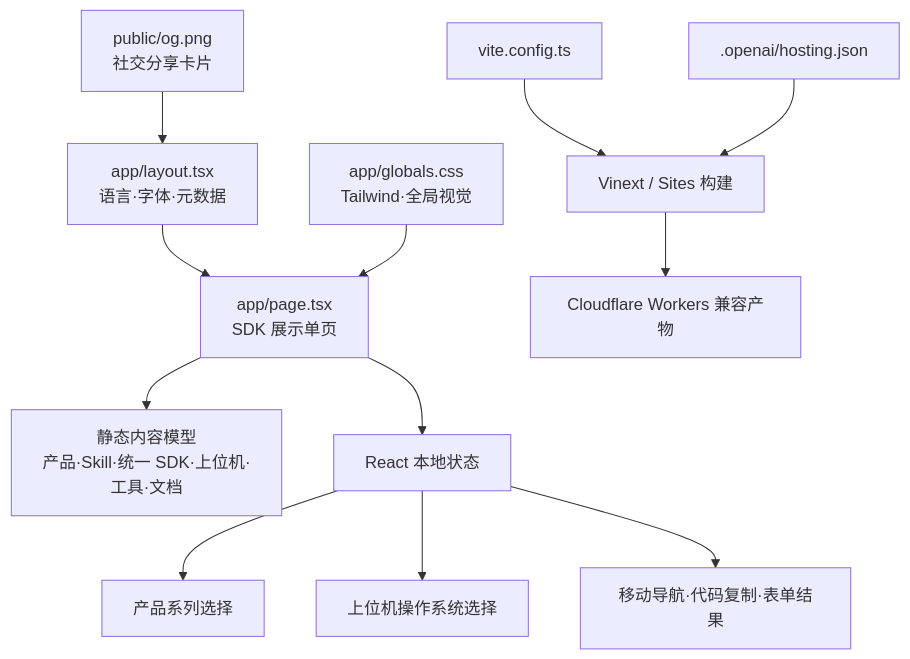
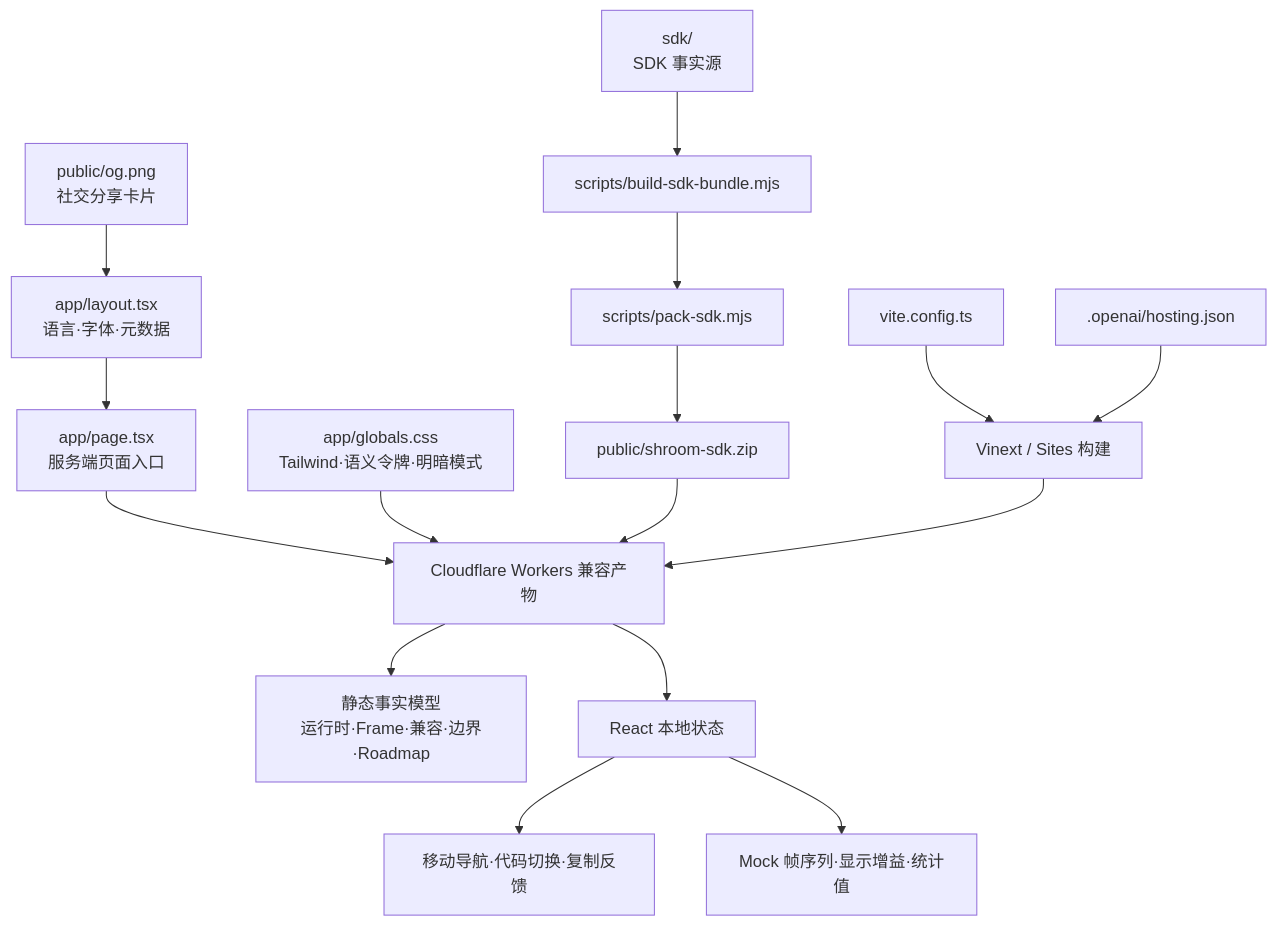
One commit to liudada118/shroomSDKWEB changed the diagram in ARCHITECTURE.md. Above: the diagram before and after it, drawn with Mermaid. The commit also changed other lines of this file and 4 other files, not shown here.

Commit message:
feat: redesign SDK product page

````diff
--- a/ARCHITECTURE.md
+++ b/ARCHITECTURE.md
@@ -62,14 +75,18 @@
 ```mermaid
 flowchart TD
-    L[app/layout.tsx\n语言·字体·元数据] --> P[app/page.tsx\nSDK 展示单页]
-    G[app/globals.css\nTailwind·全局视觉] --> P
+    L[app/layout.tsx\n语言·字体·元数据] --> P[app/page.tsx\n服务端页面入口]
+    P --> C[app/sdk-page.tsx\nSDK 产品页客户端交互]
+    G[app/globals.css\nTailwind·语义令牌·明暗模式] --> C
     O[public/og.png\n社交分享卡片] --> L
-    P --> D[静态内容模型\n产品·Skill·统一 SDK·上位机·工具·文档]
-    P --> S[React 本地状态]
-    S --> PS[产品系列选择]
-    S --> OS[上位机操作系统选择]
-    S --> UI[移动导航·代码复制·表单结果]
+    C --> D[静态事实模型\n运行时·Frame·兼容·边界·Roadmap]
+    C --> S[React 本地状态]
+    S --> UI[移动导航·代码切换·复制反馈]
+    S --> M[Mock 帧序列·显示增益·统计值]
+    SDK[sdk/\nSDK 事实源] --> BB[scripts/build-sdk-bundle.mjs]
+    BB --> PK[scripts/pack-sdk.mjs]
+    PK --> ZIP[public/shroom-sdk.zip]
+    ZIP --> C
     V[vite.config.ts] --> B[Vinext / Sites 构建]
     H[.openai/hosting.json] --> B
     B --> C[Cloudflare Workers 兼容产物]
 ```
````
